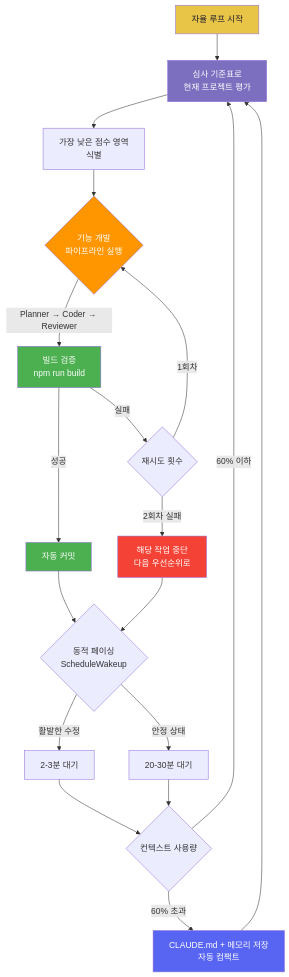
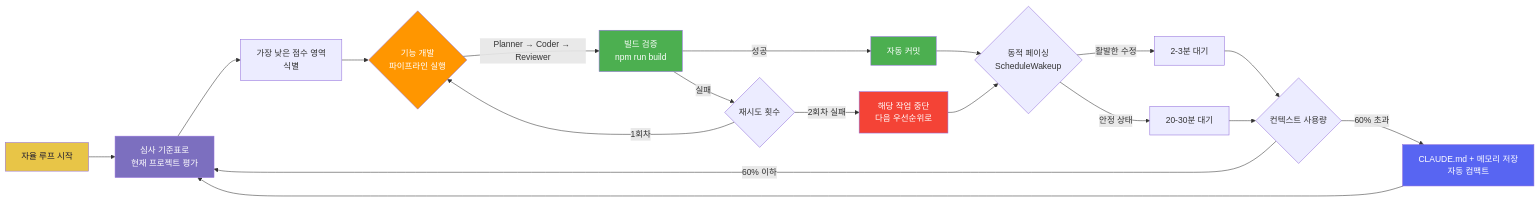
One commit to GOOHAESEUNG/moni changed the third of 3 diagrams in README.md. Above: the diagram before and after it, drawn with Mermaid. The commit also changed other lines of this file and 2 other files, not shown here.

Commit message:
마무리 중

````diff
--- a/README.md
+++ b/README.md
@@ -150,28 +150,28 @@
 ```mermaid
-flowchart TD
+flowchart LR
     Start[자율 루프 시작] --> Evaluate[심사 기준표로\n현재 프로젝트 평가]
     Evaluate --> Identify[가장 낮은 점수 영역\n식별]
     Identify --> Pipeline{기능 개발\n파이프라인 실행}
     Pipeline --> |Planner → Coder → Reviewer| BuildCheck[빌드 검증\nnpm run build]
     BuildCheck --> |성공| AutoCommit[자동 커밋]
     BuildCheck --> |실패| Retry{재시도 횟수}
     Retry --> |1회차| Pipeline
     Retry --> |2회차 실패| Skip[해당 작업 중단\n다음 우선순위로]
     AutoCommit --> Pacing{동적 페이싱\nScheduleWakeup}
     Skip --> Pacing
     Pacing --> |활발한 수정| Short[2-3분 대기]
     Pacing --> |안정 상태| Long[20-30분 대기]
     Short --> Compact{컨텍스트 사용량}
     Long --> Compact
     Compact --> |60% 초과| Save[CLAUDE.md + 메모리 저장\n자동 컴팩트]
     Compact --> |60% 이하| Evaluate
     Save --> Evaluate
 
     style Start fill:#E8C547,color:#1A1830
     style Evaluate fill:#7C6FBF,color:#fff
     style Pipeline fill:#FF9600,color:#fff
     style BuildCheck fill:#4CAF50,color:#fff
     style AutoCommit fill:#4CAF50,color:#fff
     style Skip fill:#F44336,color:#fff
     style Save fill:#5865F2,color:#fff
 ```
````
